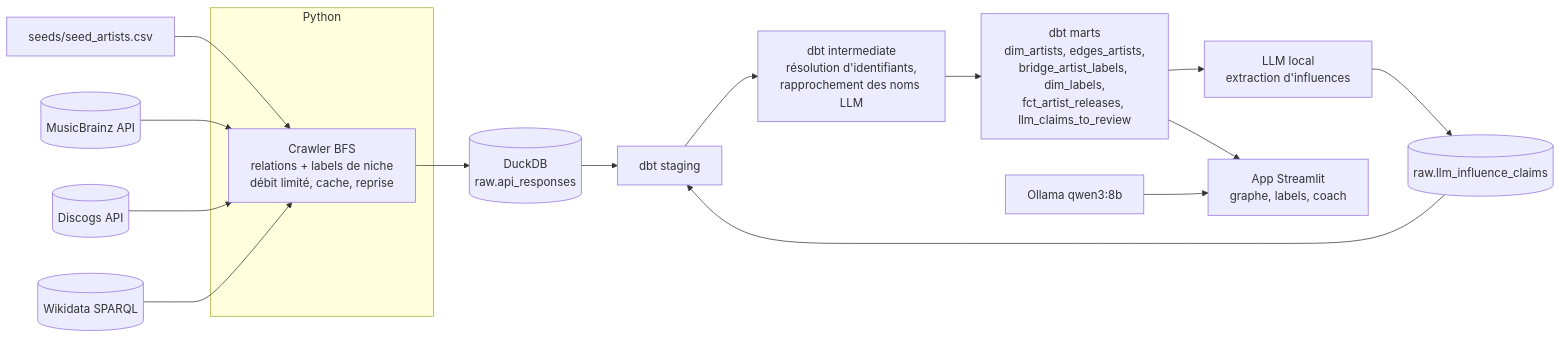
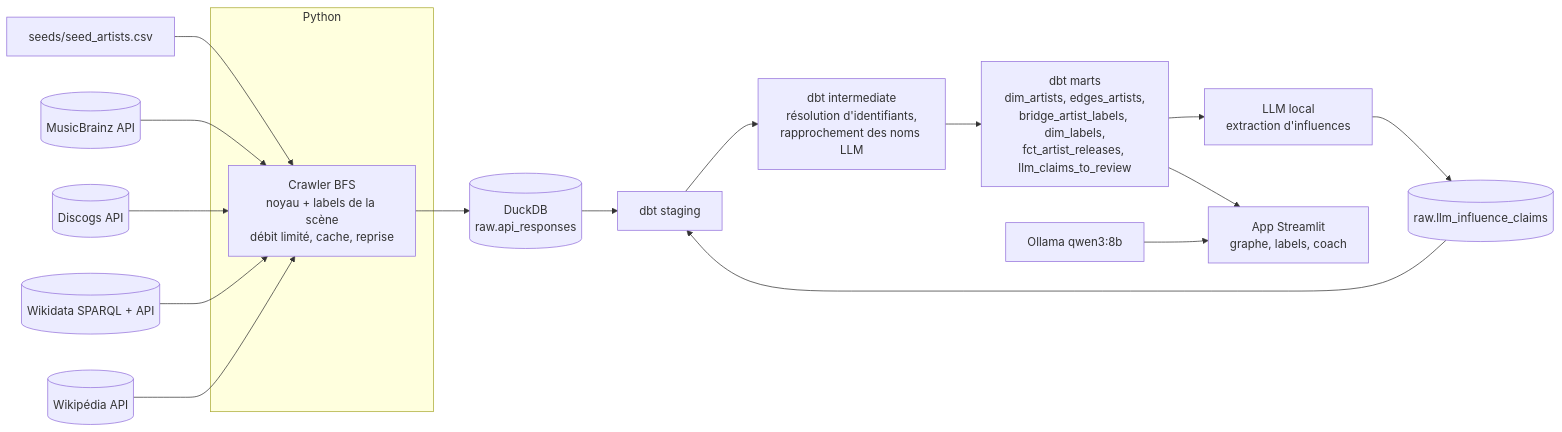
Before and after one commit to Mehdi210937/lineage: the diagram in README.md, drawn with Mermaid. The commit also changed other lines of this file, not shown here.

First line of the commit message:
Documenter le périmètre, Wikipédia et le bilan de l'extraction

````diff
--- a/README.md
+++ b/README.md
@@ -13,16 +14,17 @@
 ```mermaid
 flowchart LR
     S[seeds/seed_artists.csv] --> C
     subgraph Ingestion [Python]
-        C[Crawler BFS<br/>relations + labels de niche<br/>débit limité, cache, reprise]
+        C[Crawler BFS<br/>noyau + labels de la scène<br/>débit limité, cache, reprise]
     end
     MB[(MusicBrainz API)] --> C
     DG[(Discogs API)] --> C
-    WD[(Wikidata SPARQL)] --> C
+    WD[(Wikidata SPARQL + API)] --> C
+    WP[(Wikipédia API)] --> C
     C --> R[(DuckDB<br/>raw.api_responses)]
     R --> STG[dbt staging] --> INT[dbt intermediate<br/>résolution d'identifiants,<br/>rapprochement des noms LLM] --> M[dbt marts<br/>dim_artists, edges_artists,<br/>bridge_artist_labels, dim_labels,<br/>fct_artist_releases, llm_claims_to_review]
     M --> L[LLM local<br/>extraction d'influences]
     L --> LR[(raw.llm_influence_claims)] --> STG
     M --> A[App Streamlit<br/>graphe, labels, coach]
     O[Ollama qwen3:8b] --> A
 ```
````
